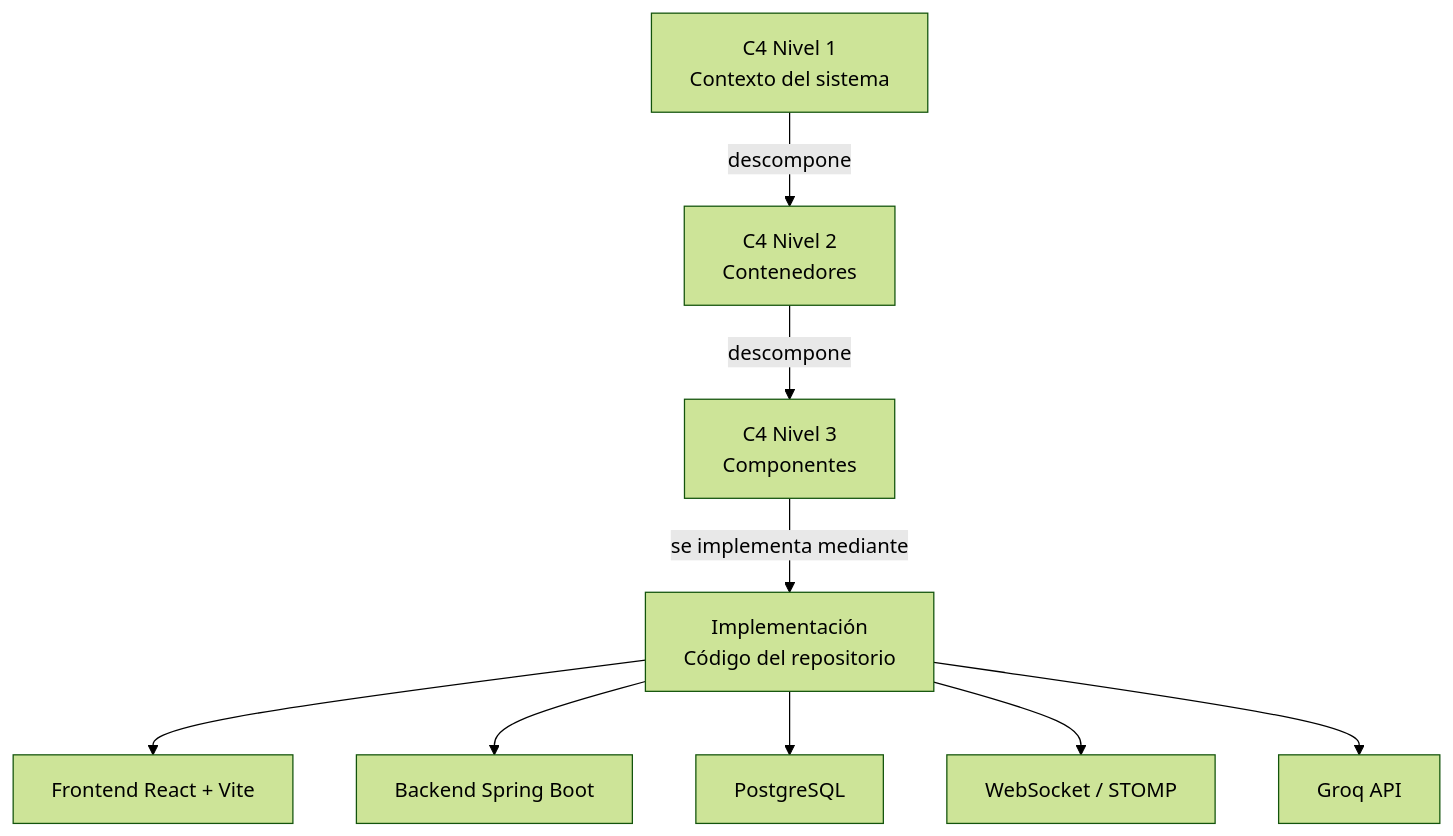
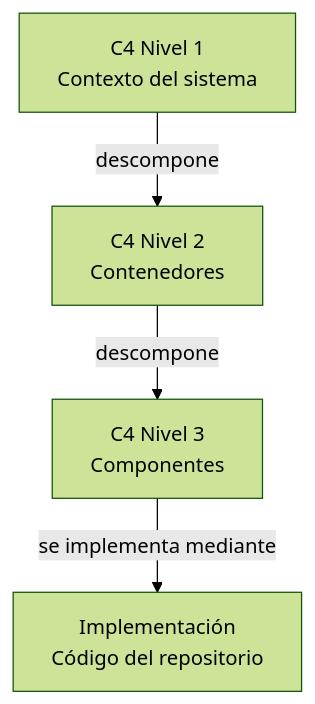
The first of 10 diagrams in dossier/08-c4-Trazabilidad.md (pinzon0930-boop/NEVI), drawn with Mermaid (forest theme) before and after one commit. The commit also changed other lines of this file, not shown here.

````diff
--- a/dossier/08-c4-Trazabilidad.md
+++ b/dossier/08-c4-Trazabilidad.md
@@ -26,18 +26,12 @@
 ```mermaid
 flowchart TD
 
     A["C4 Nivel 1<br/>Contexto del sistema"]
     B["C4 Nivel 2<br/>Contenedores"]
     C["C4 Nivel 3<br/>Componentes"]
     D["Implementación<br/>Código del repositorio"]
 
     A -->|"descompone"| B
     B -->|"descompone"| C
     C -->|"se implementa mediante"| D
-
-    D --> E["Frontend React + Vite"]
-    D --> F["Backend Spring Boot"]
-    D --> G["PostgreSQL"]
-    D --> H["WebSocket / STOMP"]
-    D --> I["Groq API"]
 ```
````
